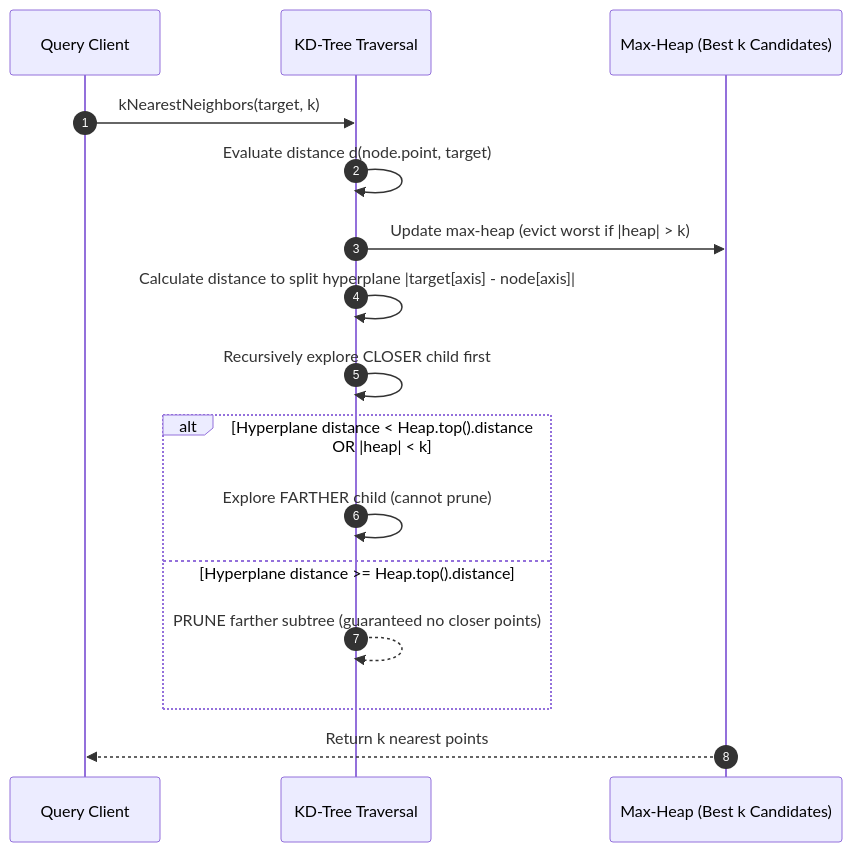
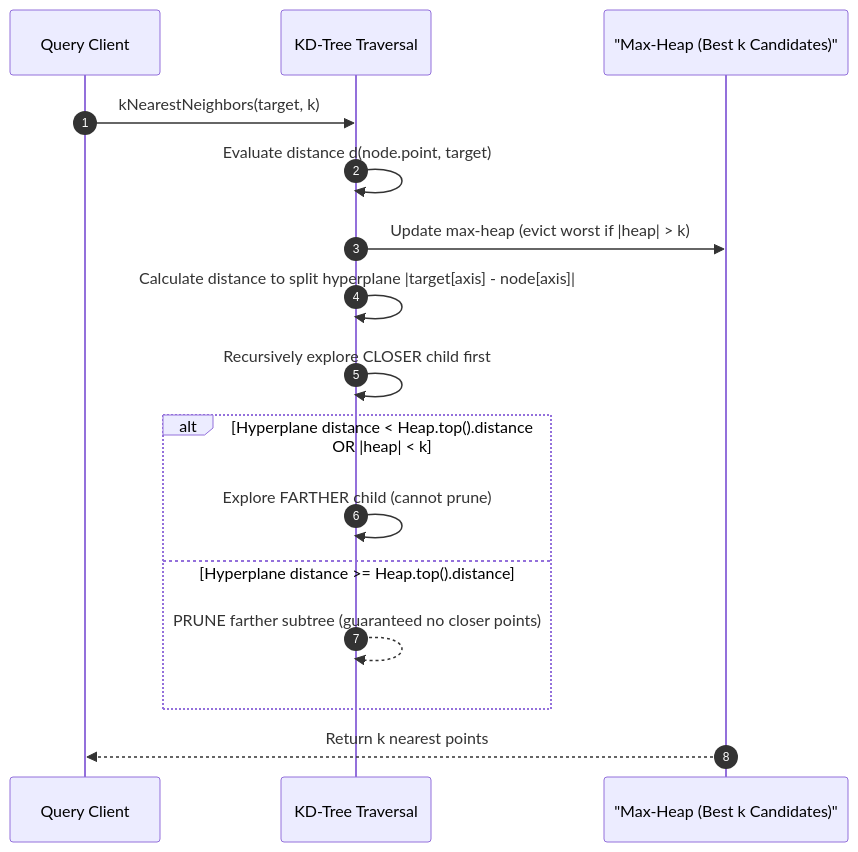
One commit to nijuna/awesome-dsa changed the second of 2 diagrams in docs/13-geometric-and-spatial-algorithms/kd-trees.md. Above: the diagram before and after it, drawn with Mermaid. The commit also changed 30 other files, not shown here.

Commit message:
refactor(docs): sanitize LaTeX environments, format diagrams, and resolve cross-references

````diff
--- a/docs/13-geometric-and-spatial-algorithms/kd-trees.md
+++ b/docs/13-geometric-and-spatial-algorithms/kd-trees.md
@@ -94,19 +94,19 @@
 ```mermaid
 sequenceDiagram
     autonumber
     participant Q as Query Client
     participant T as KD-Tree Traversal
-    participant H as Max-Heap (Best k Candidates)
+    participant H as "Max-Heap (Best k Candidates)"
 
     Q->>T: kNearestNeighbors(target, k)
     T->>T: Evaluate distance d(node.point, target)
     T->>H: Update max-heap (evict worst if |heap| > k)
     T->>T: Calculate distance to split hyperplane |target[axis] - node[axis]|
     T->>T: Recursively explore CLOSER child first
     alt Hyperplane distance < Heap.top().distance OR |heap| < k
         T->>T: Explore FARTHER child (cannot prune)
     else Hyperplane distance >= Heap.top().distance
         T-->>T: PRUNE farther subtree (guaranteed no closer points)
     end
     H-->>Q: Return k nearest points
 ```
````
